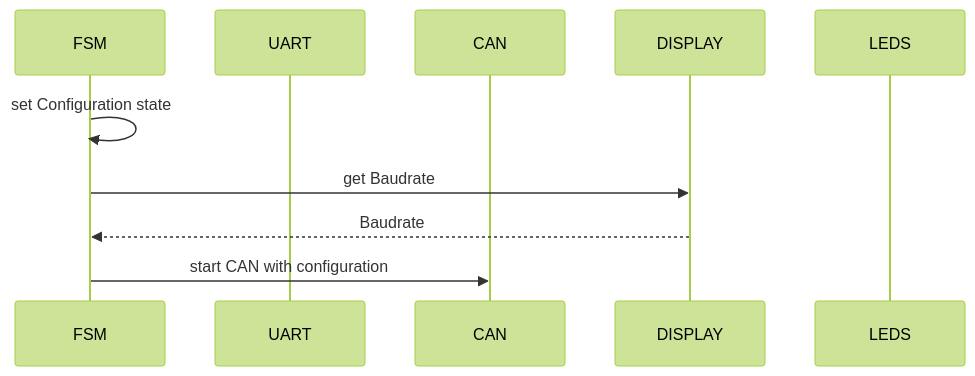
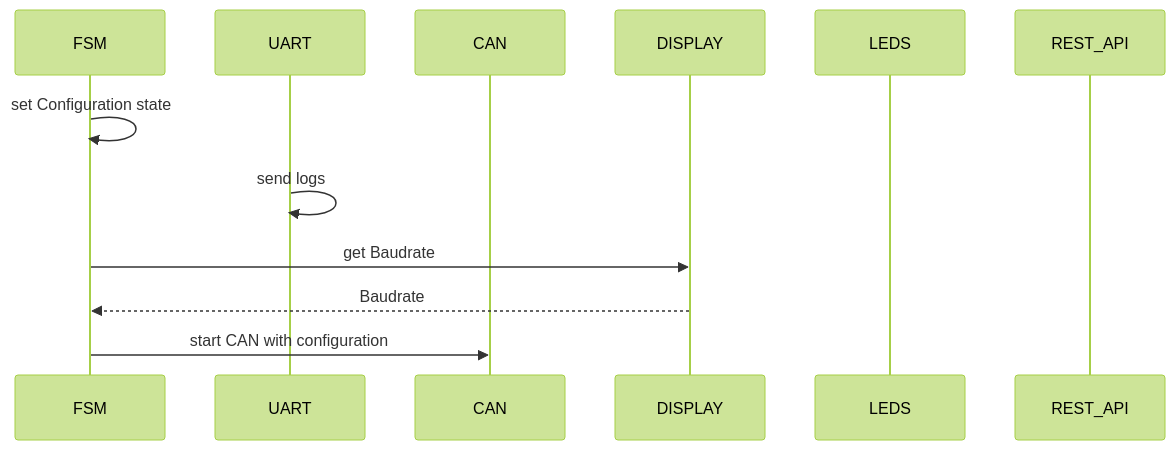
The third of 4 diagrams in Software/esp32/can-to-go-system/README.md (michaelgr22/can-to-go-system), drawn with Mermaid (forest theme) before and after one commit. The commit also changed other lines of this file, not shown here.

Commit message:
updated sequence diagrams

````diff
--- a/Software/esp32/can-to-go-system/README.md
+++ b/Software/esp32/can-to-go-system/README.md
@@ -32,14 +34,16 @@
 ```mermaid
 sequenceDiagram
     participant FSM
     participant UART
     participant CAN
     participant DISPLAY
     participant LEDS
+    participant REST_API
 
     FSM->>FSM: set Configuration state
+    UART->>UART: send logs
     FSM->>DISPLAY: get Baudrate
     DISPLAY-->>FSM: Baudrate 
 
     FSM->>CAN: start CAN with configuration
 ```
````
